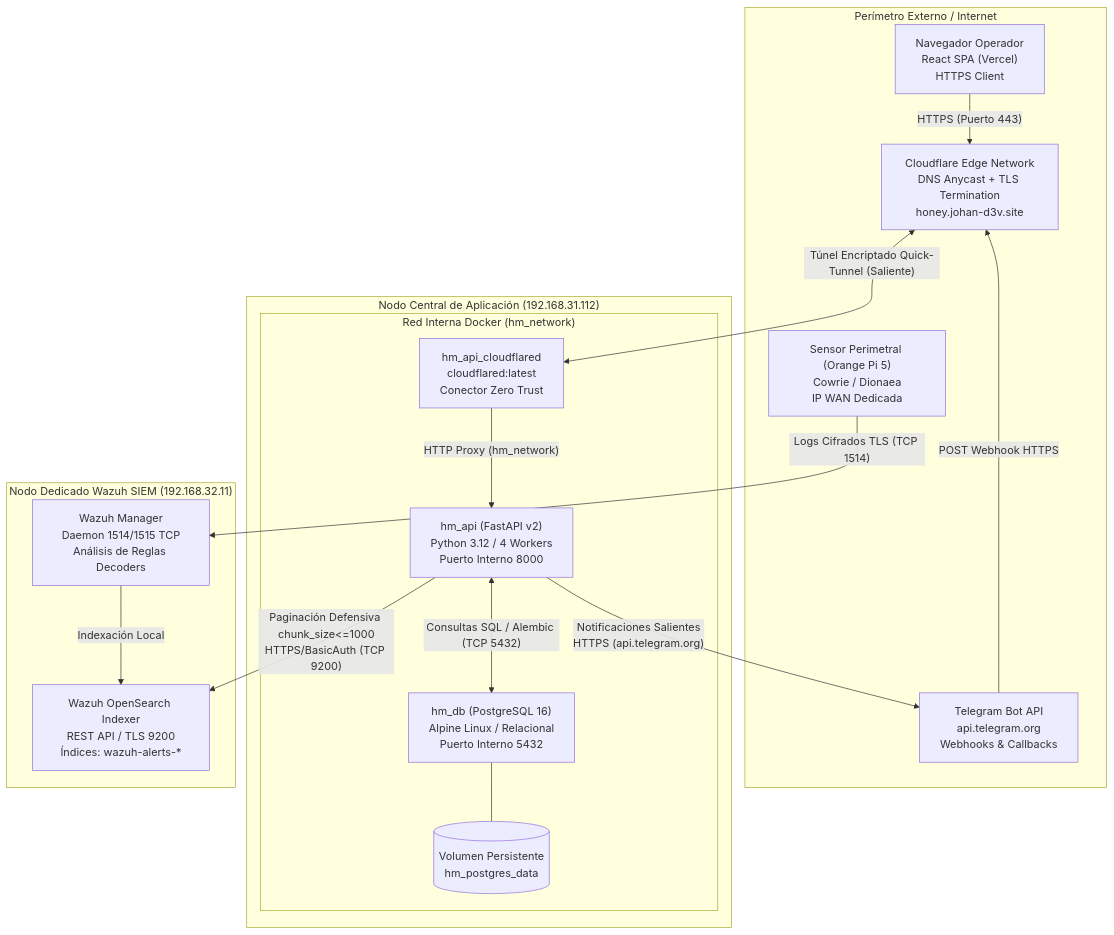
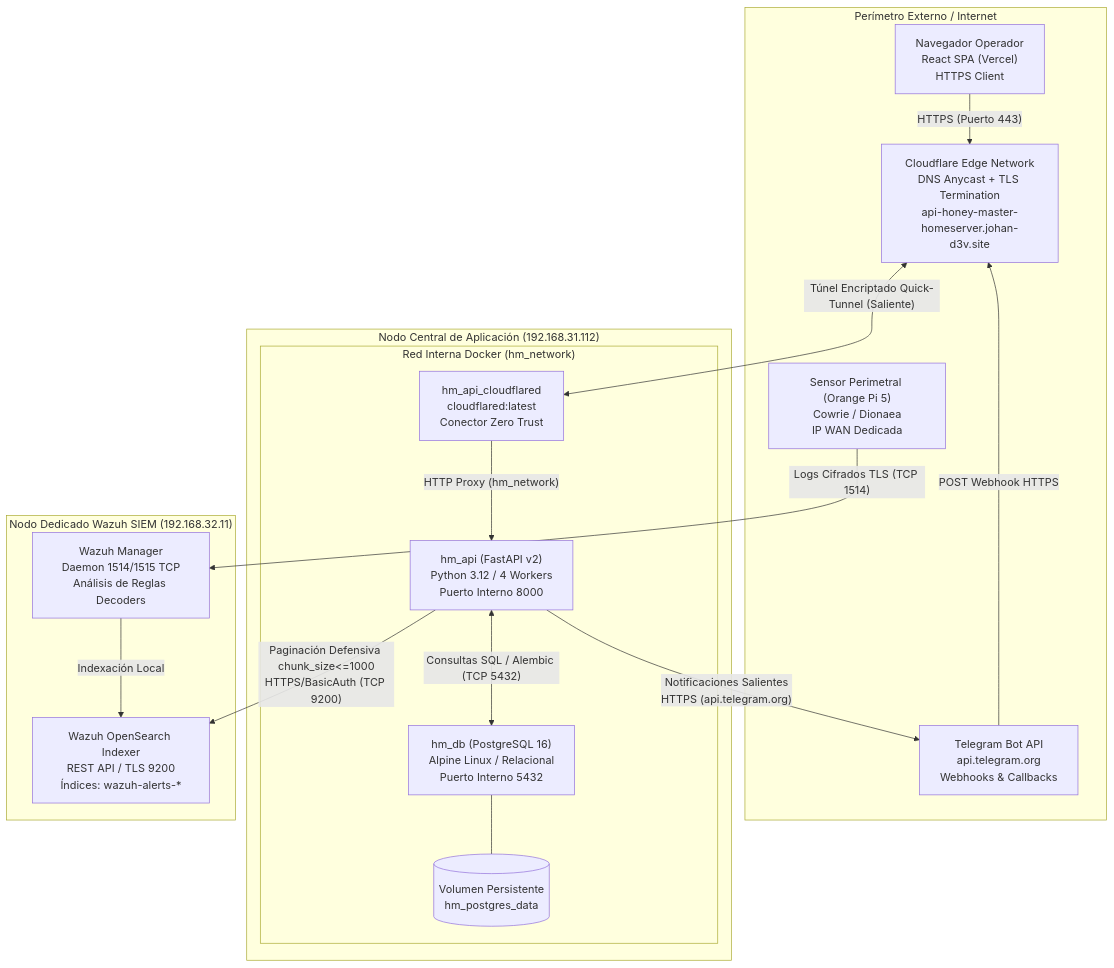
One commit to johanP051/honeymetrics-documentacion changed the first of 3 diagrams in docs/guia-despliegue.md. Above: the diagram before and after it, drawn with Mermaid. The commit also changed other lines of this file and 6 other files, not shown here.

````diff
--- a/docs/guia-despliegue.md
+++ b/docs/guia-despliegue.md
@@ -63,38 +63,38 @@
 ```mermaid
 flowchart TB
     subgraph WAN ["Perímetro Externo / Internet"]
         Honeypot["Sensor Perimetral (Orange Pi 5)\nCowrie / Dionaea\nIP WAN Dedicada"]
         Operator["Navegador Operador\nReact SPA (Vercel)\nHTTPS Client"]
         TelegramCloud["Telegram Bot API\napi.telegram.org\nWebhooks & Callbacks"]
-        CloudflareEdge["Cloudflare Edge Network\nDNS Anycast + TLS Termination\nhoney.johan-d3v.site"]
+        CloudflareEdge["Cloudflare Edge Network\nDNS Anycast + TLS Termination\napi-honey-master-homeserver.johan-d3v.site"]
     end
 
     subgraph HostServer ["Nodo Central de Aplicación (192.168.31.112)"]
         subgraph DockerBridge ["Red Interna Docker (hm_network)"]
             Cloudflared["hm_api_cloudflared\ncloudflared:latest\nConector Zero Trust"]
             FastAPI["hm_api (FastAPI v2)\nPython 3.12 / 4 Workers\nPuerto Interno 8000"]
             PostgreSQL["hm_db (PostgreSQL 16)\nAlpine Linux / Relacional\nPuerto Interno 5432"]
             DataVolume[("Volumen Persistente\nhm_postgres_data")]
         end
     end
 
     subgraph SIEMNode ["Nodo Dedicado Wazuh SIEM (192.168.32.11)"]
         WazuhIndexer["Wazuh OpenSearch Indexer\nREST API / TLS 9200\nÍndices: wazuh-alerts-*"]
         WazuhManager["Wazuh Manager\nDaemon 1514/1515 TCP\nAnálisis de Reglas Decoders"]
     end
 
     Honeypot -->|"Logs Cifrados TLS (TCP 1514)"| WazuhManager
     WazuhManager -->|"Indexación Local"| WazuhIndexer
 
     Operator -->|"HTTPS (Puerto 443)"| CloudflareEdge
     TelegramCloud -->|"POST Webhook HTTPS"| CloudflareEdge
 
     CloudflareEdge <-->|"Túnel Encriptado Quick-Tunnel (Saliente)"| Cloudflared
     Cloudflared -->|"HTTP Proxy (hm_network)"| FastAPI
 
     FastAPI <-->|"Consultas SQL / Alembic (TCP 5432)"| PostgreSQL
     PostgreSQL --- DataVolume
 
     FastAPI -->|"Paginación Defensiva chunk_size<=1000\nHTTPS/BasicAuth (TCP 9200)"| WazuhIndexer
     FastAPI -->|"Notificaciones Salientes\nHTTPS (api.telegram.org)"| TelegramCloud
 ```
````
